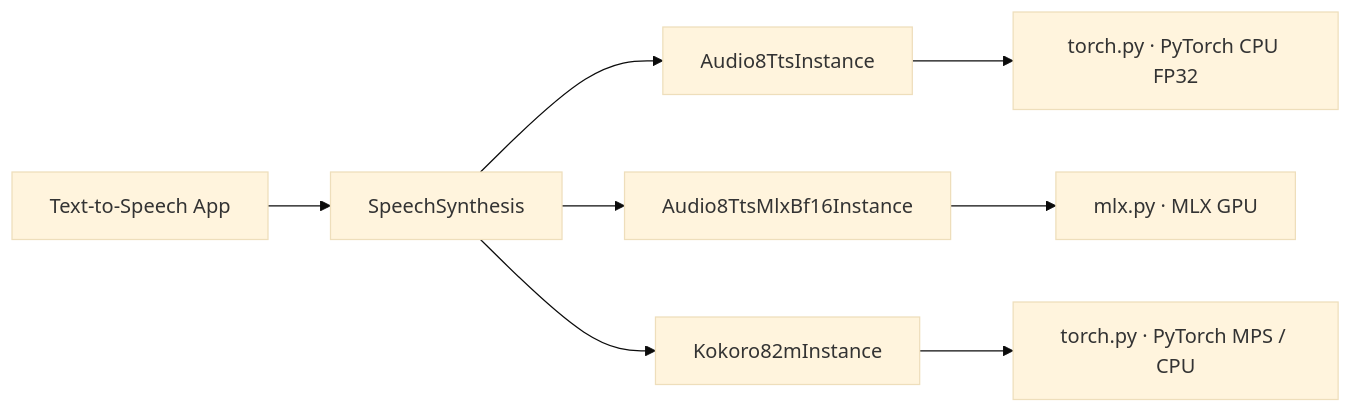
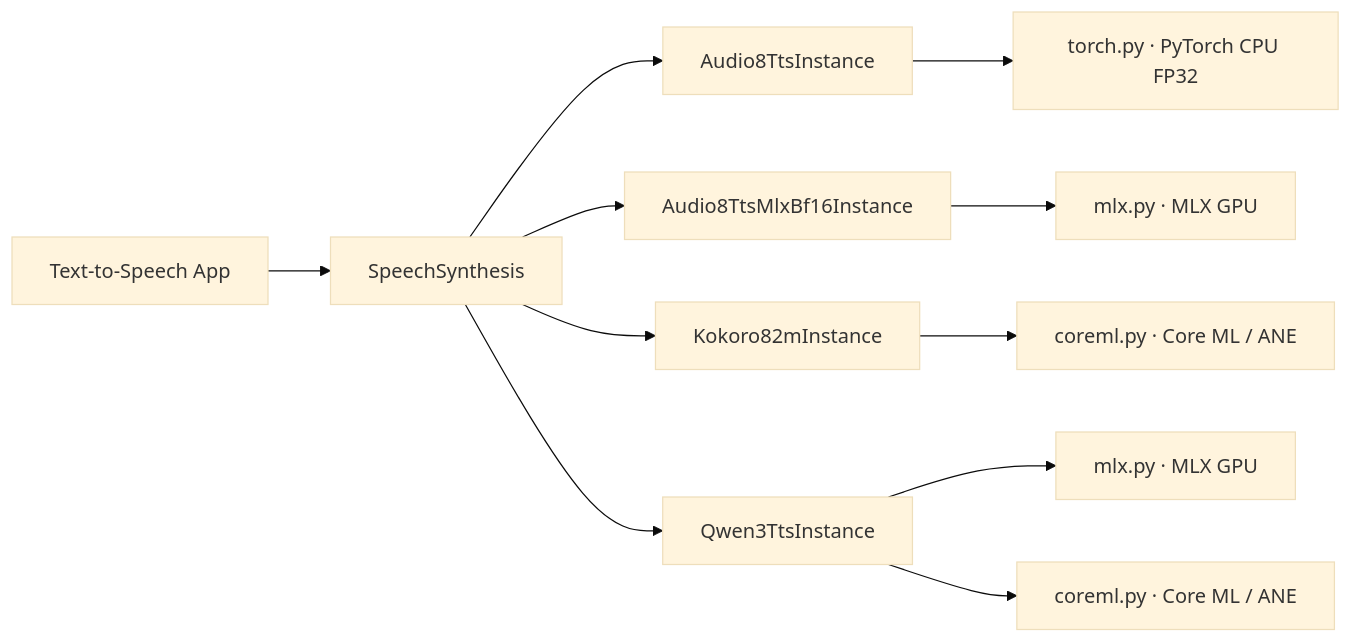
The diagram in doc/22-text-to-speech-sdk.md (devilyouwei/hugging-mac), drawn with Mermaid (base theme) before and after one commit. The commit also changed other lines of this file and 98 other files, not shown here.

````diff
--- a/doc/22-text-to-speech-sdk.md
+++ b/doc/22-text-to-speech-sdk.md
@@ -14,10 +14,13 @@
 ```mermaid
 flowchart LR
     App["Text-to-Speech App"] --> Capability["SpeechSynthesis"]
     Capability --> A8["Audio8TtsInstance"]
     Capability --> A8Mlx["Audio8TtsMlxBf16Instance"]
     Capability --> K["Kokoro82mInstance"]
+    Capability --> Q["Qwen3TtsInstance"]
     A8 --> A8Torch["torch.py · PyTorch CPU FP32"]
     A8Mlx --> A8Gpu["mlx.py · MLX GPU"]
-    K --> KTorch["torch.py · PyTorch MPS / CPU"]
+    K --> KCoreML["coreml.py · Core ML / ANE"]
+    Q --> QMlx["mlx.py · MLX GPU"]
+    Q --> QCoreML["coreml.py · Core ML / ANE"]
 ```
````
